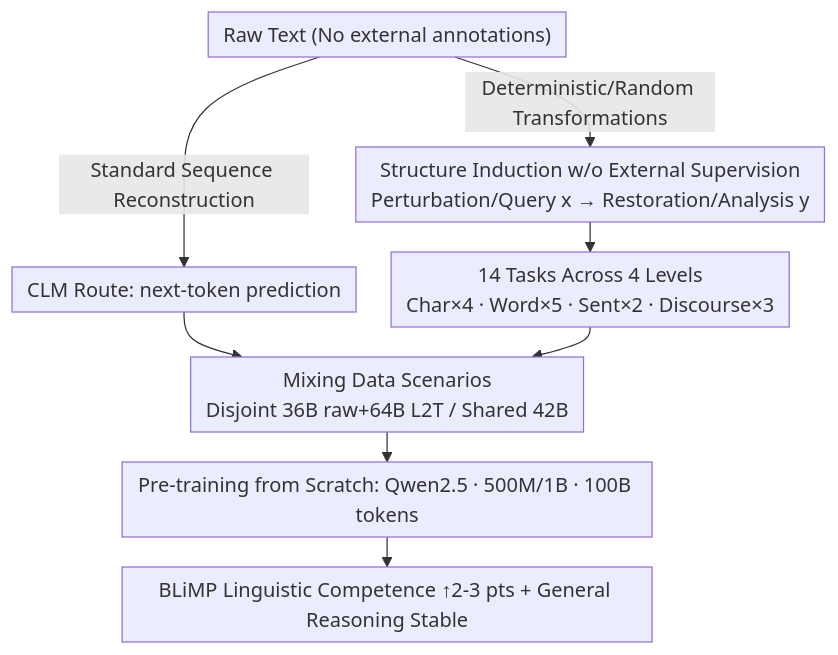
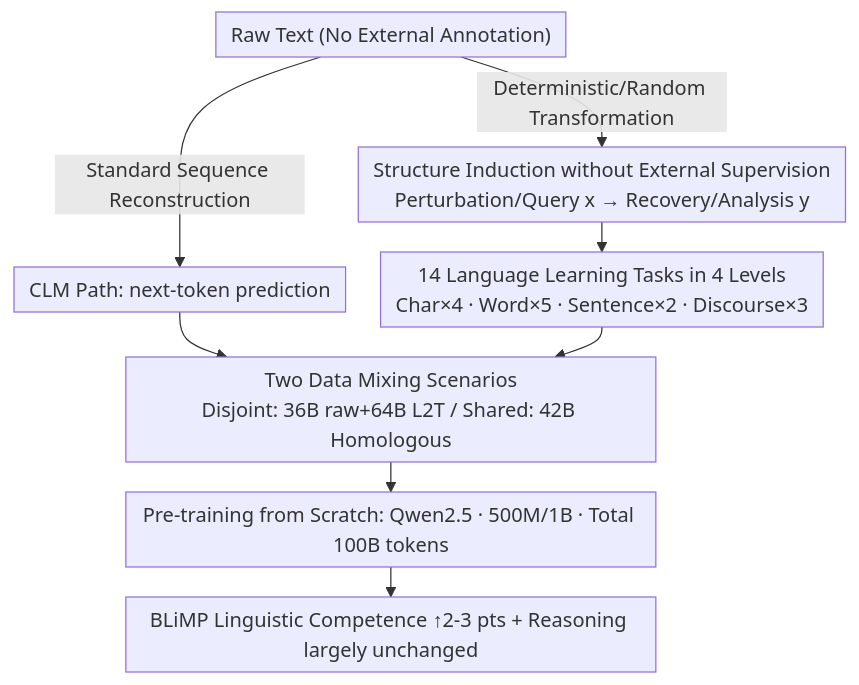
The diagram in docs/ACL2026/llm_evaluation/enhancing_linguistic_competence_of_language_models_through_pre-training_with_lan.md (zhaoyang97/Paper-Notes-en), drawn with Mermaid before and after one commit. The commit also changed other lines of this file and 5084 other files, not shown here.

````diff
--- a/docs/ACL2026/llm_evaluation/enhancing_linguistic_competence_of_language_models_through_pre-training_with_lan.md
+++ b/docs/ACL2026/llm_evaluation/enhancing_linguistic_competence_of_language_models_through_pre-training_with_lan.md
@@ -48,12 +48,12 @@
 ```mermaid
 %%{init: {'flowchart': {'rankSpacing': 24, 'nodeSpacing': 28, 'padding': 6, 'wrappingWidth': 400}}}%%
 flowchart TD
-    A["Raw Text (No external annotations)"]
-    A -->|Standard Sequence Reconstruction| B["CLM Route: next-token prediction"]
-    A -->|Deterministic/Random Transformations| C["Structure Induction w/o External Supervision<br/>Perturbation/Query x → Restoration/Analysis y"]
-    C --> D["14 Tasks Across 4 Levels<br/>Char×4 · Word×5 · Sent×2 · Discourse×3"]
-    B --> E["Mixing Data Scenarios<br/>Disjoint 36B raw+64B L2T / Shared 42B"]
+    A["Raw Text (No External Annotation)"]
+    A -->|Standard Sequence Reconstruction| B["CLM Path: next-token prediction"]
+    A -->|Deterministic/Random Transformation| C["Structure Induction without External Supervision<br/>Perturbation/Query x → Recovery/Analysis y"]
+    C --> D["14 Language Learning Tasks in 4 Levels<br/>Char×4 · Word×5 · Sentence×2 · Discourse×3"]
+    B --> E["Two Data Mixing Scenarios<br/>Disjoint: 36B raw+64B L2T / Shared: 42B Homologous"]
     D --> E
-    E --> F["Pre-training from Scratch: Qwen2.5 · 500M/1B · 100B tokens"]
-    F --> G["BLiMP Linguistic Competence ↑2-3 pts + General Reasoning Stable"]
+    E --> F["Pre-training from Scratch: Qwen2.5 · 500M/1B · Total 100B tokens"]
+    F --> G["BLiMP Linguistic Competence ↑2-3 pts + Reasoning largely unchanged"]
 ```
````
